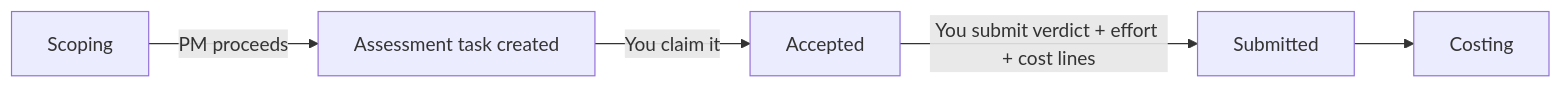
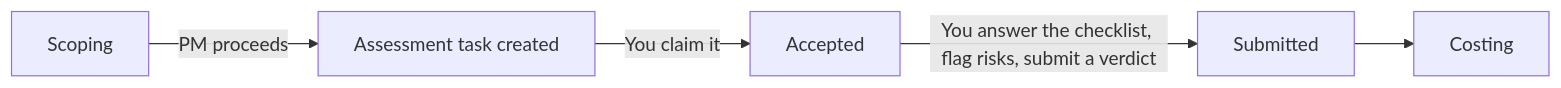
Before and after one commit to chremmler777/PLM2: the diagram in docs/guides/technical-departments.md, drawn with Mermaid. The commit also changed other lines of this file and 2 other files, not shown here.

Commit message:
docs(cm): assessor guide, cockpit and flow reference for the answered checklist, row risks and risk delete

````diff
--- a/docs/guides/technical-departments.md
+++ b/docs/guides/technical-departments.md
@@ -9,7 +9,7 @@
 ```mermaid
 flowchart LR
     Scoping -->|PM proceeds| Task[Assessment task created]
     Task -->|You claim it| Claimed[Accepted]
-    Claimed -->|You submit verdict + effort + cost lines| Submitted
+    Claimed -->|You answer the checklist, flag risks, submit a verdict| Submitted
     Submitted --> Costing
 ```
````
